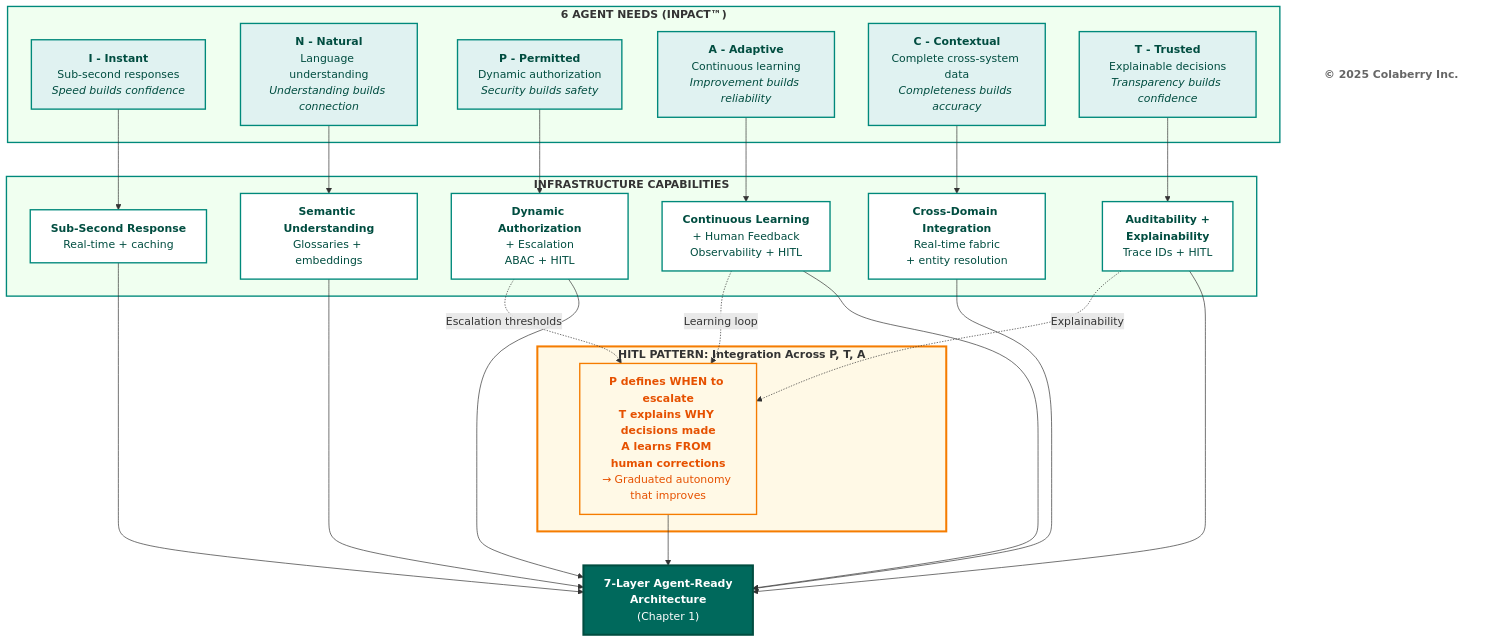
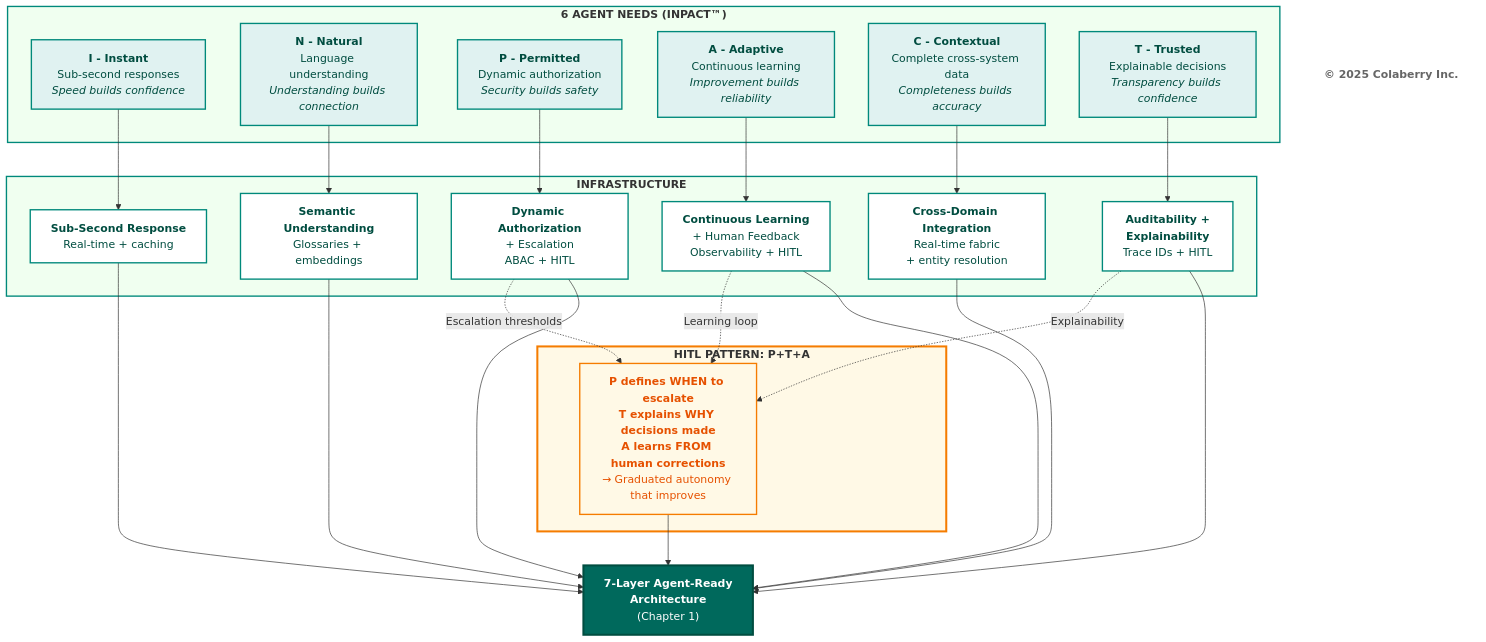
The third of 9 diagrams in chapter-00/chapter_00_complete.md (colaberry/enterprise-data-readiness-ai-agents), drawn with Mermaid before and after one commit.

Commit message:
moving around INFRA & HITL verbiage
moving around INFRA & HITL verbiage

````diff
--- a/chapter-00/chapter_00_complete.md
+++ b/chapter-00/chapter_00_complete.md
@@ -230,69 +230,69 @@
 ```mermaid
 
 graph TB
     subgraph NEEDS["<b>6 AGENT NEEDS (INPACT™)</b>"]
         I["<b>I - Instant</b><br/>Sub-second responses<br/><i>Speed builds confidence</i>"]
         N["<b>N - Natural</b><br/>Language understanding<br/><i>Understanding builds connection</i>"]
         P["<b>P - Permitted</b><br/>Dynamic authorization<br/><i>Security builds safety</i>"]
         A["<b>A - Adaptive</b><br/>Continuous learning<br/><i>Improvement builds reliability</i>"]
         C["<b>C - Contextual</b><br/>Complete cross-system data<br/><i>Completeness builds accuracy</i>"]
         T["<b>T - Trusted</b><br/>Explainable decisions<br/><i>Transparency builds confidence</i>"]
     end
     
-    subgraph CAPABILITIES["<b>INFRASTRUCTURE CAPABILITIES</b>"]
+    subgraph CAPABILITIES["<b>INFRASTRUCTURE</b>"]
         I_CAP["<b>Sub-Second Response</b><br/>Real-time + caching"]
         N_CAP["<b>Semantic Understanding</b><br/>Glossaries + embeddings"]
         P_CAP["<b>Dynamic Authorization</b><br/>+ Escalation<br/>ABAC + HITL"]
         A_CAP["<b>Continuous Learning</b><br/>+ Human Feedback<br/>Observability + HITL"]
         C_CAP["<b>Cross-Domain Integration</b><br/>Real-time fabric<br/>+ entity resolution"]
         T_CAP["<b>Auditability +</b><br/><b>Explainability</b><br/>Trace IDs + HITL"]
     end
     
     I --> I_CAP
     N --> N_CAP
     P --> P_CAP
     A --> A_CAP
     C --> C_CAP
     T --> T_CAP
     
-    subgraph HITL["<b>HITL PATTERN: Integration Across P, T, A</b>"]
+    subgraph HITL["<b>HITL PATTERN: P+T+A</b>"]
         HITL_DESC["<b>P defines WHEN to escalate</b><br/><b>T explains WHY decisions made</b><br/><b>A learns FROM human corrections</b><br/>→ Graduated autonomy that improves"]
     end
     
     P_CAP -.->|Escalation thresholds| HITL_DESC
     T_CAP -.->|Explainability| HITL_DESC
     A_CAP -.->|Learning loop| HITL_DESC
     
     I_CAP --> ARCH["<b>7-Layer Agent-Ready</b><br/><b>Architecture</b><br/>(Chapter 1)"]
     N_CAP --> ARCH
     P_CAP --> ARCH
     A_CAP --> ARCH
     C_CAP --> ARCH
     T_CAP --> ARCH
     HITL_DESC --> ARCH
     
     style NEEDS fill:#f0fff0,stroke:#00897b,stroke-width:2px
     style I fill:#e0f2f1,stroke:#00897b,stroke-width:2px,color:#004d40
     style N fill:#e0f2f1,stroke:#00897b,stroke-width:2px,color:#004d40
     style P fill:#e0f2f1,stroke:#00897b,stroke-width:2px,color:#004d40
     style A fill:#e0f2f1,stroke:#00897b,stroke-width:2px,color:#004d40
     style C fill:#e0f2f1,stroke:#00897b,stroke-width:2px,color:#004d40
     style T fill:#e0f2f1,stroke:#00897b,stroke-width:2px,color:#004d40
     
     style CAPABILITIES fill:#f0fff0,stroke:#00897b,stroke-width:2px
     style I_CAP fill:#ffffff,stroke:#00897b,stroke-width:2px,color:#004d40
     style N_CAP fill:#ffffff,stroke:#00897b,stroke-width:2px,color:#004d40
     style P_CAP fill:#ffffff,stroke:#00897b,stroke-width:2px,color:#004d40
     style A_CAP fill:#ffffff,stroke:#00897b,stroke-width:2px,color:#004d40
     style C_CAP fill:#ffffff,stroke:#00897b,stroke-width:2px,color:#004d40
     style T_CAP fill:#ffffff,stroke:#00897b,stroke-width:2px,color:#004d40
     
     style HITL fill:#fff9e6,stroke:#f57c00,stroke-width:3px
     style HITL_DESC fill:#fff9e6,stroke:#f57c00,stroke-width:2px,color:#e65100
     
     style ARCH fill:#00695c,color:#ffffff,stroke:#004d40,stroke-width:3px
     
     Copyright["<b>© 2025 Colaberry Inc.</b>"]
     style Copyright fill:#ffffff,stroke:none,color:#666666
 
 ```
````
